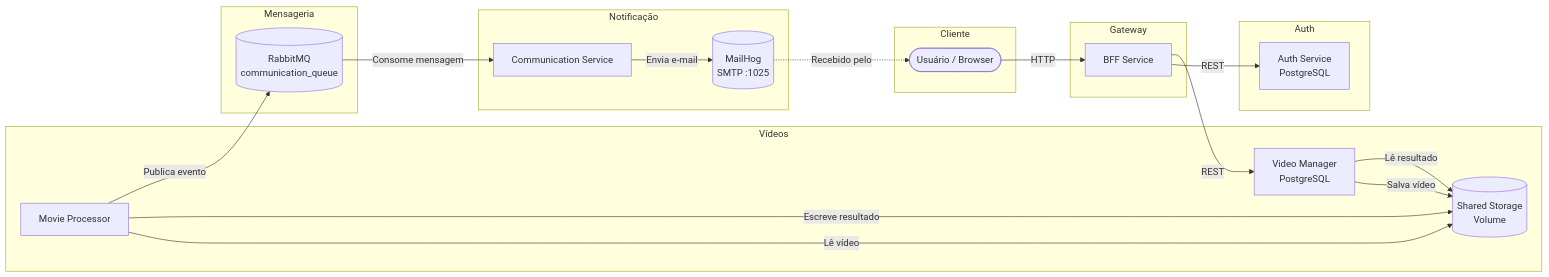
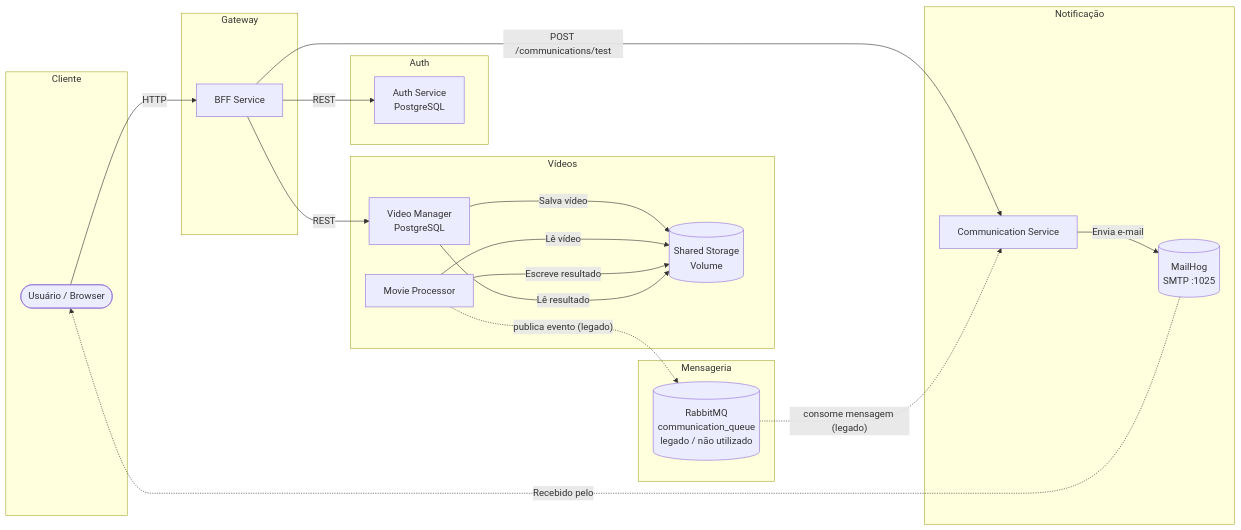
Before and after one commit to OBigJones/tcf-fase05-communication: the diagram in README.md, drawn with Mermaid. The commit also changed other lines of this file, not shown here.

````diff
--- a/README.md
+++ b/README.md
@@ -142,41 +145,42 @@
 ```mermaid
 flowchart LR
     subgraph Cliente
         USER([Usuário / Browser])
     end
 
     subgraph Gateway
         BFF[BFF Service]
     end
 
     subgraph Auth
         AUTH[Auth Service\nPostgreSQL]
     end
 
     subgraph Vídeos
         VM[Video Manager\nPostgreSQL]
         STORAGE[(Shared Storage\nVolume)]
         MP[Movie Processor]
     end
 
     subgraph Mensageria
-        MQ[(RabbitMQ\ncommunication_queue)]
+        MQ[(RabbitMQ\ncommunication_queue\nlegado / não utilizado)]
     end
 
     subgraph Notificação
         COMM[Communication Service]
         MAIL[(MailHog\nSMTP :1025)]
     end
 
     USER -->|HTTP| BFF
     BFF -->|REST| AUTH
     BFF -->|REST| VM
     VM -->|Salva vídeo| STORAGE
     MP -->|Lê vídeo| STORAGE
     MP -->|Escreve resultado| STORAGE
     VM -->|Lê resultado| STORAGE
-    MP -->|Publica evento| MQ
-    MQ -->|Consome mensagem| COMM
+    BFF -->|POST /communications/test| COMM
+    MP -.->|"publica evento (legado)"| MQ
+    MQ -.->|"consome mensagem (legado)"| COMM
     COMM -->|Envia e-mail| MAIL
     MAIL -.->|Recebido pelo| USER
 ```
````
